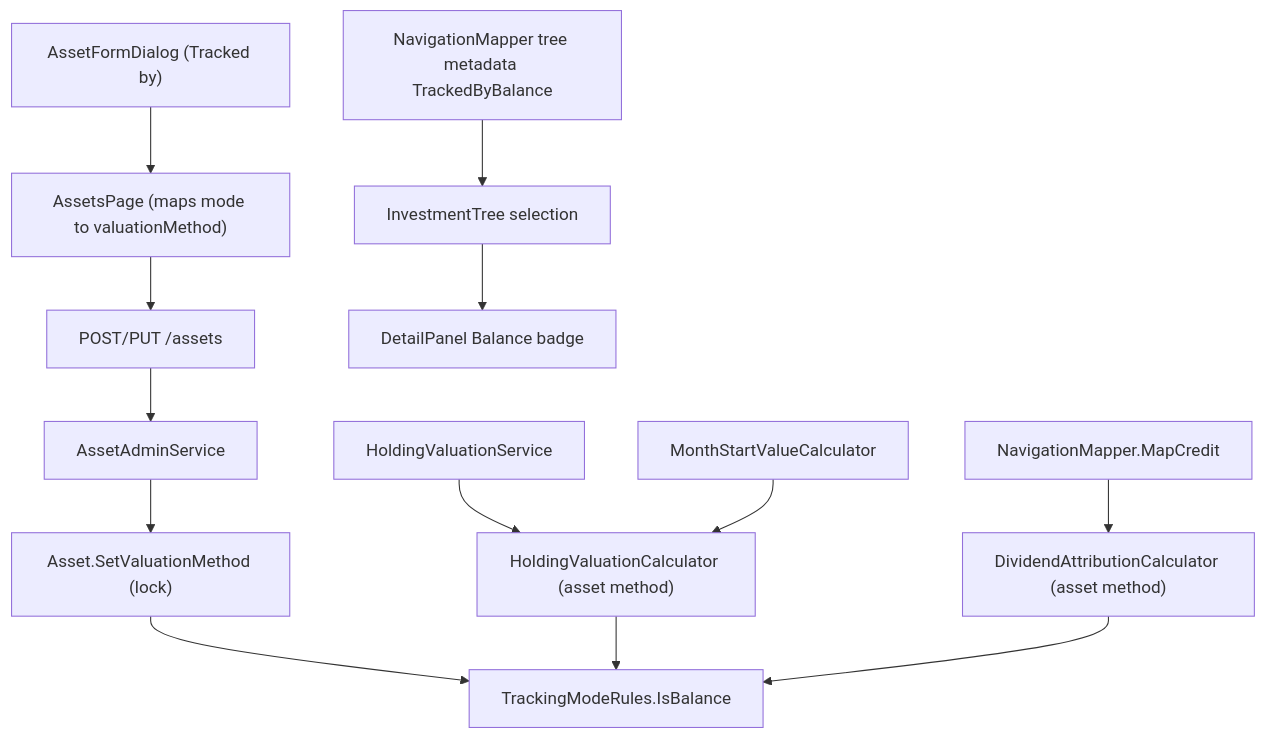
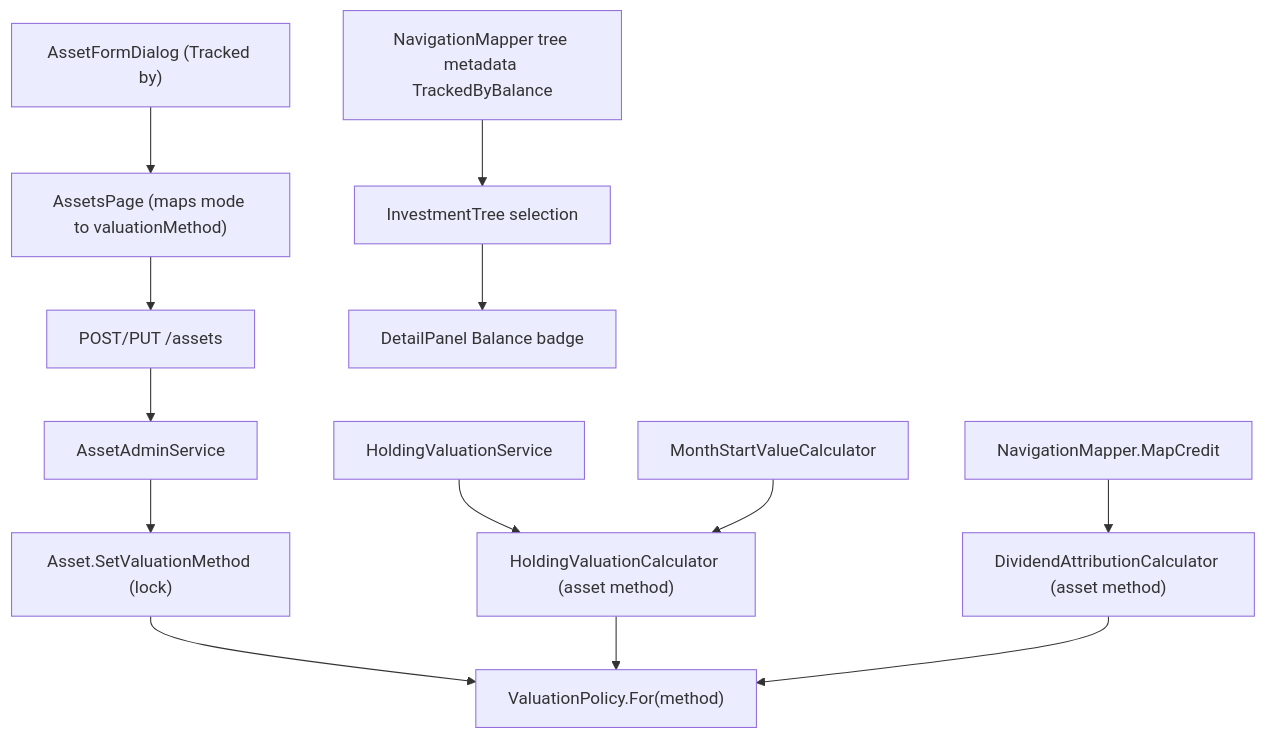
Before and after one commit to ggibellato/Financial: the diagram in docs/prd/P69-prd-investments-without-quantity/features/P69-F01-balance-tracked-holding-option/spec.md, drawn with Mermaid. The commit also changed other lines of this file and 3 other files, not shown here.

````diff
--- a/docs/prd/P69-prd-investments-without-quantity/features/P69-F01-balance-tracked-holding-option/spec.md
+++ b/docs/prd/P69-prd-investments-without-quantity/features/P69-F01-balance-tracked-holding-option/spec.md
@@ -39,15 +39,15 @@
 ```mermaid
 graph TD
     A["AssetFormDialog (Tracked by)"] --> B["AssetsPage (maps mode to valuationMethod)"]
     B --> C["POST/PUT /assets"]
     C --> D["AssetAdminService"]
     D --> E["Asset.SetValuationMethod (lock)"]
-    E --> F["TrackingModeRules.IsBalance"]
+    E --> F["ValuationPolicy.For(method)"]
     G["HoldingValuationService"] --> H["HoldingValuationCalculator (asset method)"]
     I["MonthStartValueCalculator"] --> H
     J["NavigationMapper.MapCredit"] --> K["DividendAttributionCalculator (asset method)"]
     H --> F
     K --> F
     L["NavigationMapper tree metadata TrackedByBalance"] --> M["InvestmentTree selection"]
     M --> N["DetailPanel Balance badge"]
 ```
````
